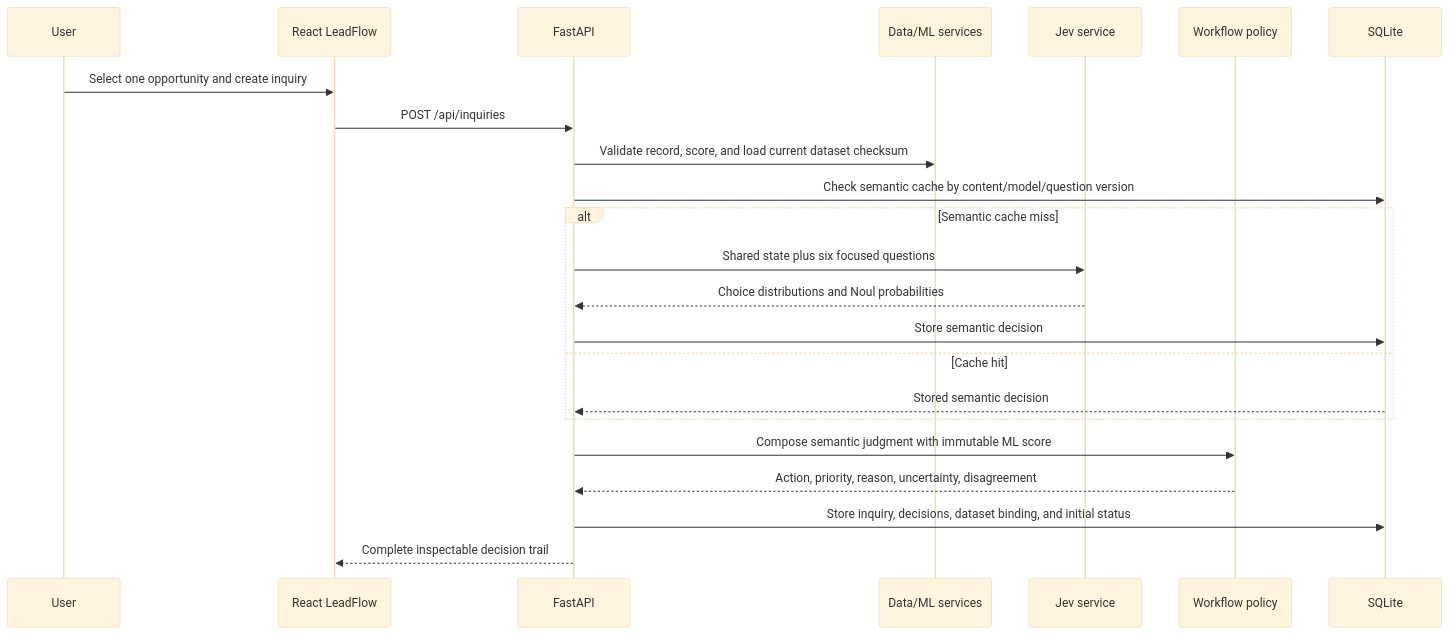
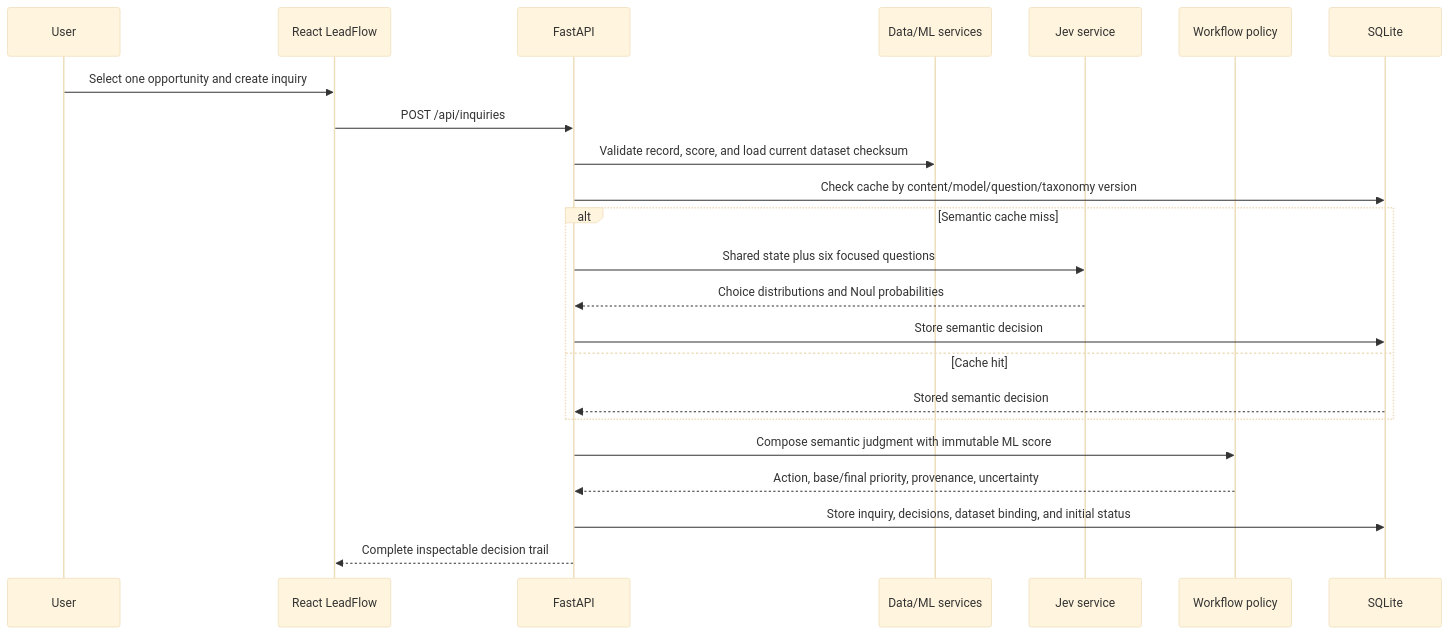
One commit to sandeeppanem/genai-lead-scoring-agent changed the fourth of 5 diagrams in docs/hybrid-architecture.md. Above: the diagram before and after it, drawn with Mermaid (base theme). The commit also changed other lines of this file and 13 other files, not shown here.

````diff
--- a/docs/hybrid-architecture.md
+++ b/docs/hybrid-architecture.md
@@ -216,26 +223,26 @@
 ```mermaid
 sequenceDiagram
     participant User
     participant UI as React LeadFlow
     participant API as FastAPI
     participant Data as Data/ML services
     participant Jev as Jev service
     participant Policy as Workflow policy
     participant DB as SQLite
 
     User->>UI: Select one opportunity and create inquiry
     UI->>API: POST /api/inquiries
     API->>Data: Validate record, score, and load current dataset checksum
-    API->>DB: Check semantic cache by content/model/question version
+    API->>DB: Check cache by content/model/question/taxonomy version
     alt Semantic cache miss
         API->>Jev: Shared state plus six focused questions
         Jev-->>API: Choice distributions and Noul probabilities
         API->>DB: Store semantic decision
     else Cache hit
         DB-->>API: Stored semantic decision
     end
     API->>Policy: Compose semantic judgment with immutable ML score
-    Policy-->>API: Action, priority, reason, uncertainty, disagreement
+    Policy-->>API: Action, base/final priority, provenance, uncertainty
     API->>DB: Store inquiry, decisions, dataset binding, and initial status
     API-->>UI: Complete inspectable decision trail
 ```
````
